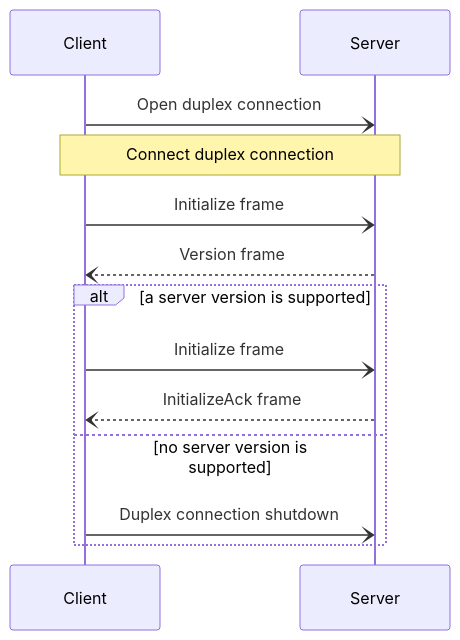
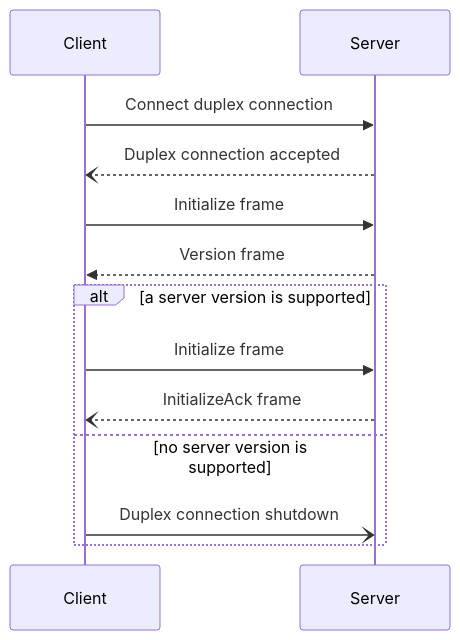
One commit to icerpc/icerpc-docs changed the second of 2 diagrams in pages/icerpc-core/slic-protocol/connection-establishment.md. Above: the diagram before and after it, drawn with Mermaid. The commit also changed other lines of this file and 5 other files, not shown here.

Commit message:
Updated diagrams to use sync arrows

````diff
--- a/pages/icerpc-core/slic-protocol/connection-establishment.md
+++ b/pages/icerpc-core/slic-protocol/connection-establishment.md
@@ -52,13 +52,13 @@
 ```mermaid
 sequenceDiagram
-    Client-)Server: Open duplex connection
-    Note over Client,Server: Connect duplex connection
-    Client-)Server: Initialize frame
-    Server--)Client: Version frame
+    Client->>Server: Connect duplex connection
+    Server--)Client: Duplex connection accepted
+    Client->>Server: Initialize frame
+    Server-->>Client: Version frame
     alt a server version is supported
-        Client-)Server: Initialize frame
+        Client->>Server: Initialize frame
         Server--)Client: InitializeAck frame
     else no server version is supported
         Client-)Server: Duplex connection shutdown
     end
 ```
````
